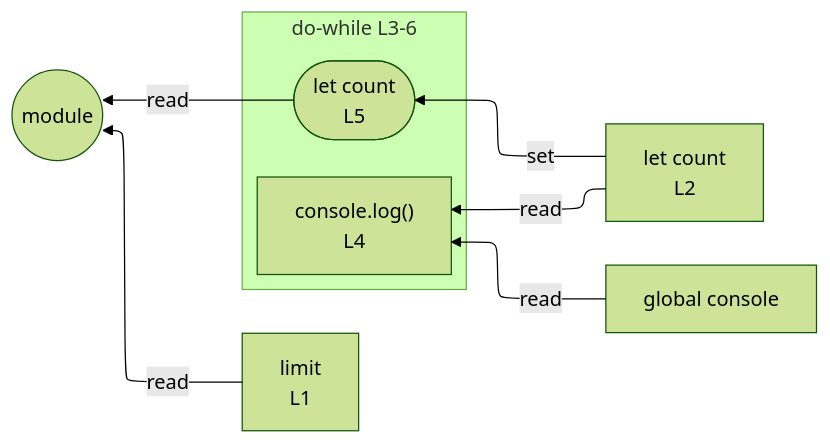
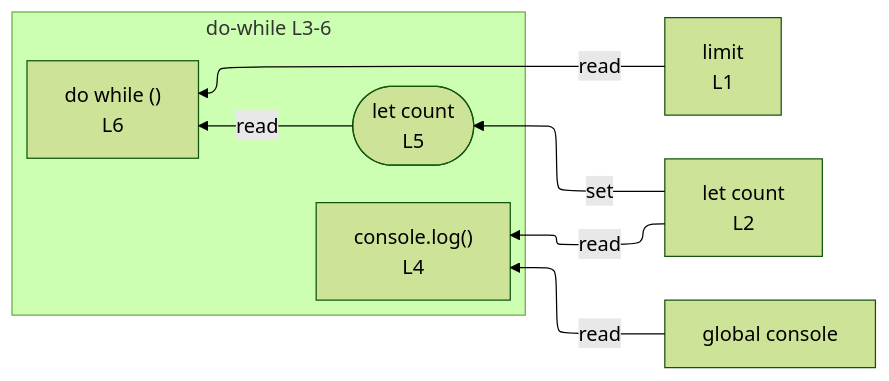
One commit to crescware/unsnarl changed the diagram in integration/fixtures/do-while-condition-misclassification/preview.md. Above: the diagram before and after it, drawn with Mermaid (forest theme). The commit also changed 33 other files, not shown here.

````diff
--- a/integration/fixtures/do-while-condition-misclassification/preview.md
+++ b/integration/fixtures/do-while-condition-misclassification/preview.md
@@ -16,18 +16,18 @@
 ```mermaid
 %%{init: {"flowchart": {"defaultRenderer": "elk"}}}%%
 flowchart RL
   n_scope_0_limit_6["limit<br/>L1"]
   n_scope_0_count_22["let count<br/>L2"]
   n_scope_0_console_40["global console"]
   subgraph s_scope_1["do-while L3-6"]
     direction RL
     wr_ref_2(["let count<br/>L5"])
     expr_stmt_40["console.log()<br/>L4"]
+    do_while_test_scope_0_33["do while ()<br/>L6"]
   end
   n_scope_0_count_22 -->|set| wr_ref_2
   n_scope_0_console_40 -->|read| expr_stmt_40
   n_scope_0_count_22 -->|read| expr_stmt_40
-  wr_ref_2 -->|read| module_root
-  n_scope_0_limit_6 -->|read| module_root
-  module_root((module))
+  wr_ref_2 -->|read| do_while_test_scope_0_33
+  n_scope_0_limit_6 -->|read| do_while_test_scope_0_33
 ```
````
